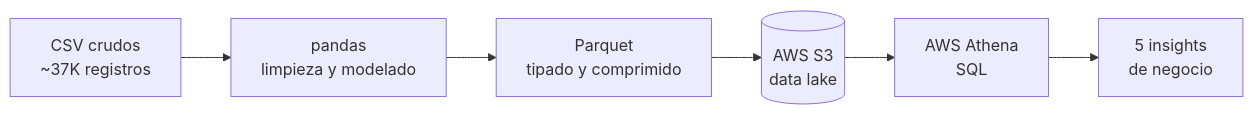
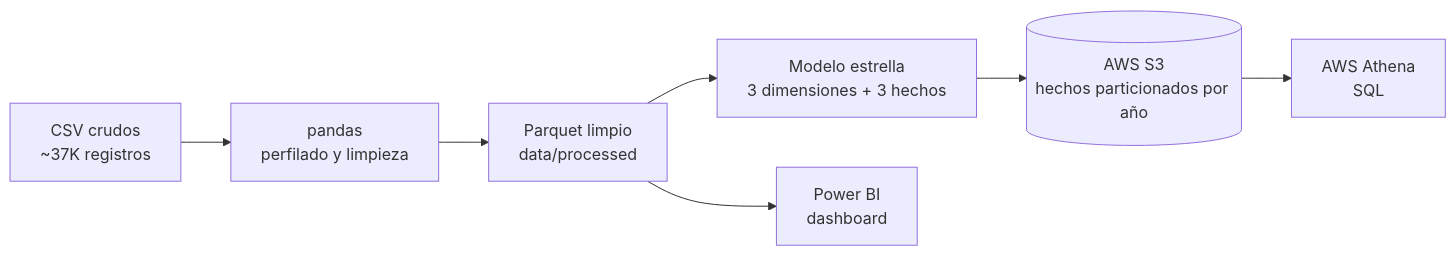
Before and after one commit to Alexcgzz/seguros-monarca-data-pipeline: the diagram in README.md, drawn with Mermaid. The commit also changed other lines of this file and 4 other files, not shown here.

````diff
--- a/README.md
+++ b/README.md
@@ -25,8 +23,9 @@
 ```mermaid
 flowchart LR
-    A[CSV crudos<br/>~37K registros] --> B[pandas<br/>limpieza y modelado]
-    B --> C[Parquet<br/>tipado y comprimido]
-    C --> D[(AWS S3<br/>data lake)]
-    D --> E[AWS Athena<br/>SQL]
-    E --> F[5 insights<br/>de negocio]
+    A[CSV crudos<br/>~37K registros] --> B[pandas<br/>perfilado y limpieza]
+    B --> C[Parquet limpio<br/>data/processed]
+    C --> D[Modelo estrella<br/>3 dimensiones + 3 hechos]
+    D --> E[(AWS S3<br/>hechos particionados por año)]
+    E --> F[AWS Athena<br/>SQL]
+    C --> G[Power BI<br/>dashboard]
 ```
````
